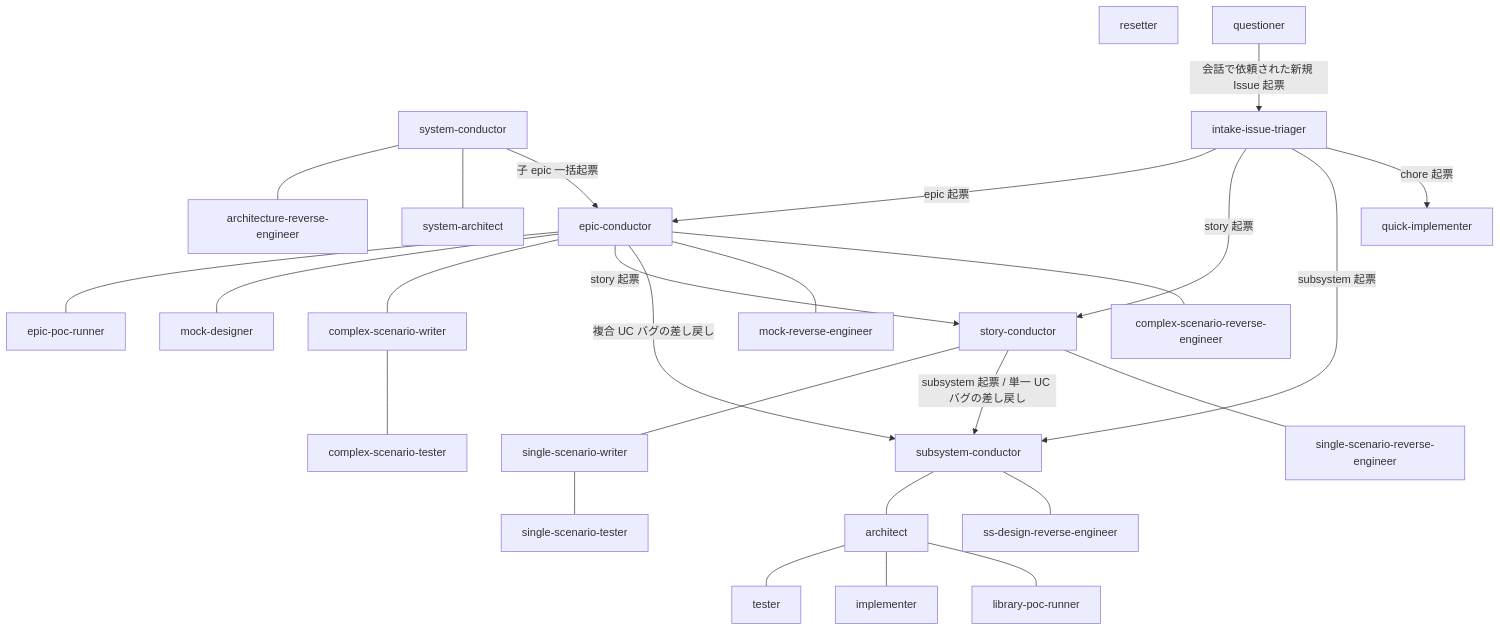
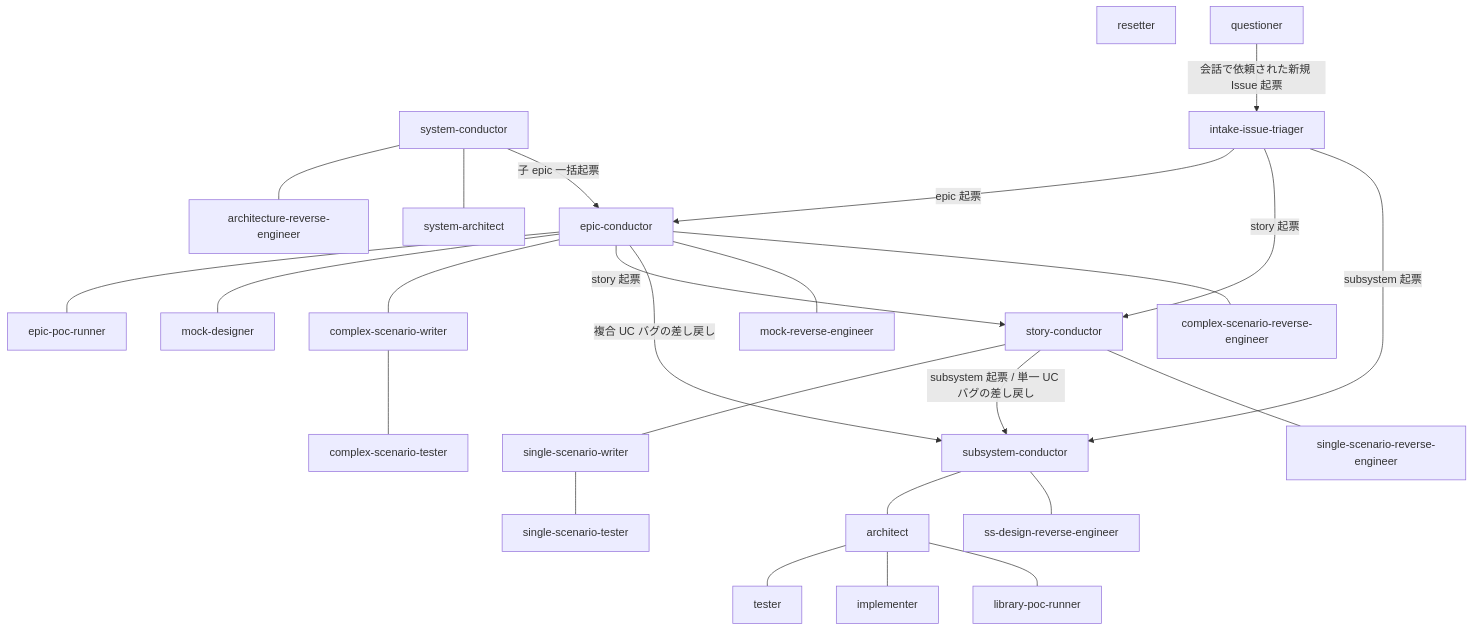
The diagram in docs/wiki/プロジェクト管理/エージェント組織図.md (shuhei1101/ai-monitor), drawn with Mermaid before and after one commit. The commit also changed other lines of this file and 36 other files, not shown here.

````diff
--- a/docs/wiki/プロジェクト管理/エージェント組織図.md
+++ b/docs/wiki/プロジェクト管理/エージェント組織図.md
@@ -19,59 +19,57 @@
 ```mermaid
 flowchart TD
   SYC[system-conductor]
   SYA[system-architect]
   ARE[architecture-reverse-engineer]
   MRE[mock-reverse-engineer]
   CRE[complex-scenario-reverse-engineer]
   SRE[single-scenario-reverse-engineer]
   DRE[ss-design-reverse-engineer]
   INTAKE[intake-issue-triager]
   EC[epic-conductor]
   SC[story-conductor]
   BC[subsystem-conductor]
-  QIM[quick-implementer]
   EPR[epic-poc-runner]
   MD[mock-designer]
   CSW[complex-scenario-writer]
   CST[complex-scenario-tester]
   SSW[single-scenario-writer]
   SST[single-scenario-tester]
   ARC[architect]
   LPR[library-poc-runner]
   TST[tester]
   IMP[implementer]
   RST[resetter]
   QST[questioner]
 
   SYC --- ARE
   SYC --- SYA
   SYC -->|子 epic 一括起票| EC
 
   INTAKE -->|epic 起票| EC
   INTAKE -->|story 起票| SC
   INTAKE -->|subsystem 起票| BC
-  INTAKE -->|chore 起票| QIM
 
   EC --- EPR
   EC --- MD
   EC --- CSW
   EC -->|story 起票| SC
   EC -->|複合 UC バグの差し戻し| BC
   CSW --- CST
   EC --- MRE
   EC --- CRE
 
   SC --- SSW
   SC -->|subsystem 起票 / 単一 UC バグの差し戻し| BC
   SSW --- SST
   SC --- SRE
 
   BC --- ARC
   ARC --- TST
   ARC --- IMP
   ARC --- LPR
   BC --- DRE
 
   RST
   QST -->|会話で依頼された新規 Issue 起票| INTAKE
 ```
````
